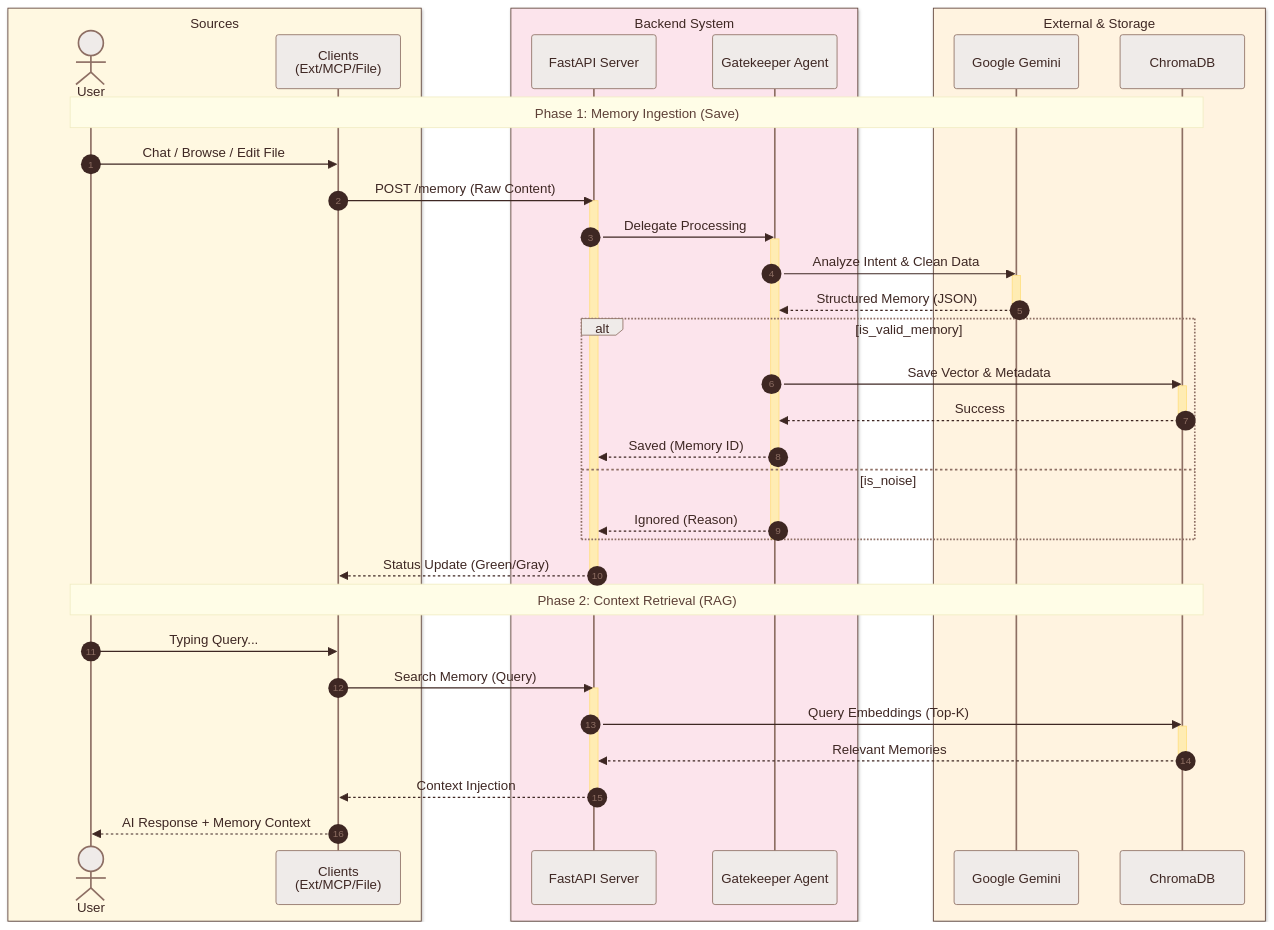
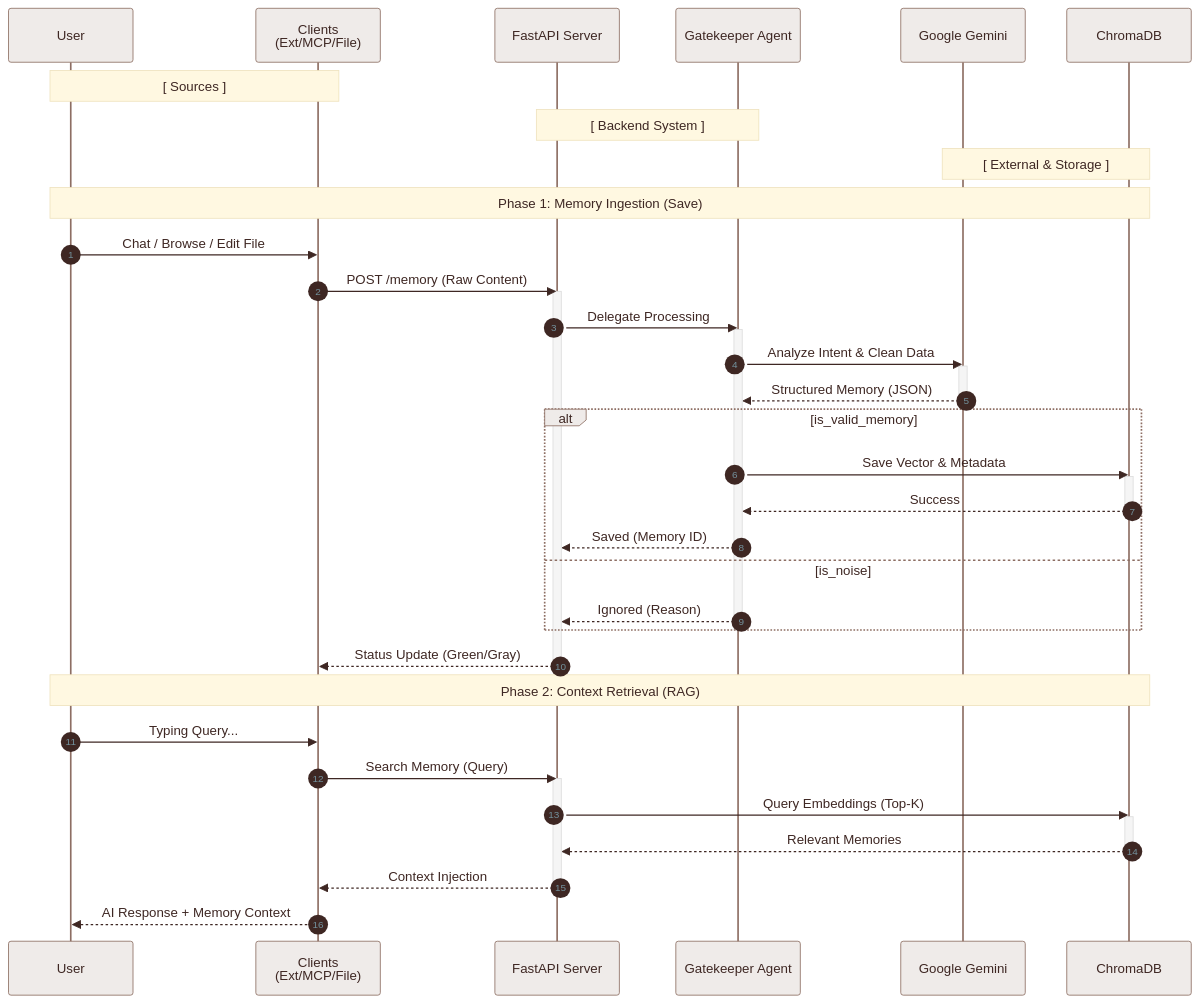
The diagram in architecture.mmd (user0857/llm-memory-bridge), drawn with Mermaid before and after one commit. The commit also changed 3 other files, not shown here.

Commit message:
docs: use SVG for architecture diagram with clean warm background

```diff
--- a/architecture.mmd
+++ b/architecture.mmd
@@ -1,76 +1,71 @@
 %%{init: {
   'theme': 'base',
   'themeVariables': {
-    'background': '#FFF9F0',
-    'mainBkg': '#FFF9F0',
+    'background': '#FFFAEE',
+    'mainBkg': '#FFFAEE',
     'primaryColor': '#D7CCC8',
     'primaryTextColor': '#3E2723',
     'primaryBorderColor': '#5D4037',
-    'lineColor': '#795548',
-    'secondaryColor': '#FFECB3',
-    'tertiaryColor': '#FFF3E0',
-    'noteBkgColor': '#FFFDE7',
-    'noteTextColor': '#5D4037',
+    'lineColor': '#8D6E63',
+    'secondaryColor': '#F5F5F5',
+    'tertiaryColor': '#EFEBE9',
+    'noteBkgColor': '#FFF8E1',
+    'noteTextColor': '#3E2723',
     'actorBkg': '#EFEBE9',
     'actorBorder': '#8D6E63',
-    'actorTextColor': '#3E2723',
-    'sequenceNumberColor': '#8D6E63'
+    'actorTextColor': '#3E2723'
   }
 }}%%
 sequenceDiagram
     autonumber
-    
-    box rgb(255, 248, 225) Sources
-    actor User
+
+    participant User
     participant Client as Clients<br/>(Ext/MCP/File)
-    end
-    
-    box rgb(252, 228, 236) Backend System
     participant Server as FastAPI Server
     participant Gate as Gatekeeper Agent
-    end
-    
-    box rgb(255, 243, 224) External & Storage
     participant Gemini as Google Gemini
     participant Chroma as ChromaDB
-    end
+
+    Note over User, Client: [ Sources ]
+    Note over Server, Gate: [ Backend System ]
+    Note over Gemini, Chroma: [ External & Storage ]
 
     Note over User, Chroma: Phase 1: Memory Ingestion (Save)
 
     User->>Client: Chat / Browse / Edit File
     Client->>Server: POST /memory (Raw Content)
     activate Server
     Server->>Gate: Delegate Processing
     activate Gate
     
     Gate->>Gemini: Analyze Intent & Clean Data
     activate Gemini
     Gemini-->>Gate: Structured Memory (JSON)
     deactivate Gemini
     
     alt is_valid_memory
         Gate->>Chroma: Save Vector & Metadata
         activate Chroma
         Chroma-->>Gate: Success
         deactivate Chroma
         Gate-->>Server: Saved (Memory ID)
     else is_noise
         Gate-->>Server: Ignored (Reason)
     end
     deactivate Gate
 
     Server-->>Client: Status Update (Green/Gray)
     deactivate Server
 
     Note over User, Chroma: Phase 2: Context Retrieval (RAG)
 
     User->>Client: Typing Query...
     Client->>Server: Search Memory (Query)
     activate Server
     Server->>Chroma: Query Embeddings (Top-K)
     activate Chroma
     Chroma-->>Server: Relevant Memories
     deactivate Chroma
     Server-->>Client: Context Injection
     deactivate Server
     Client-->>User: AI Response + Memory Context
```
